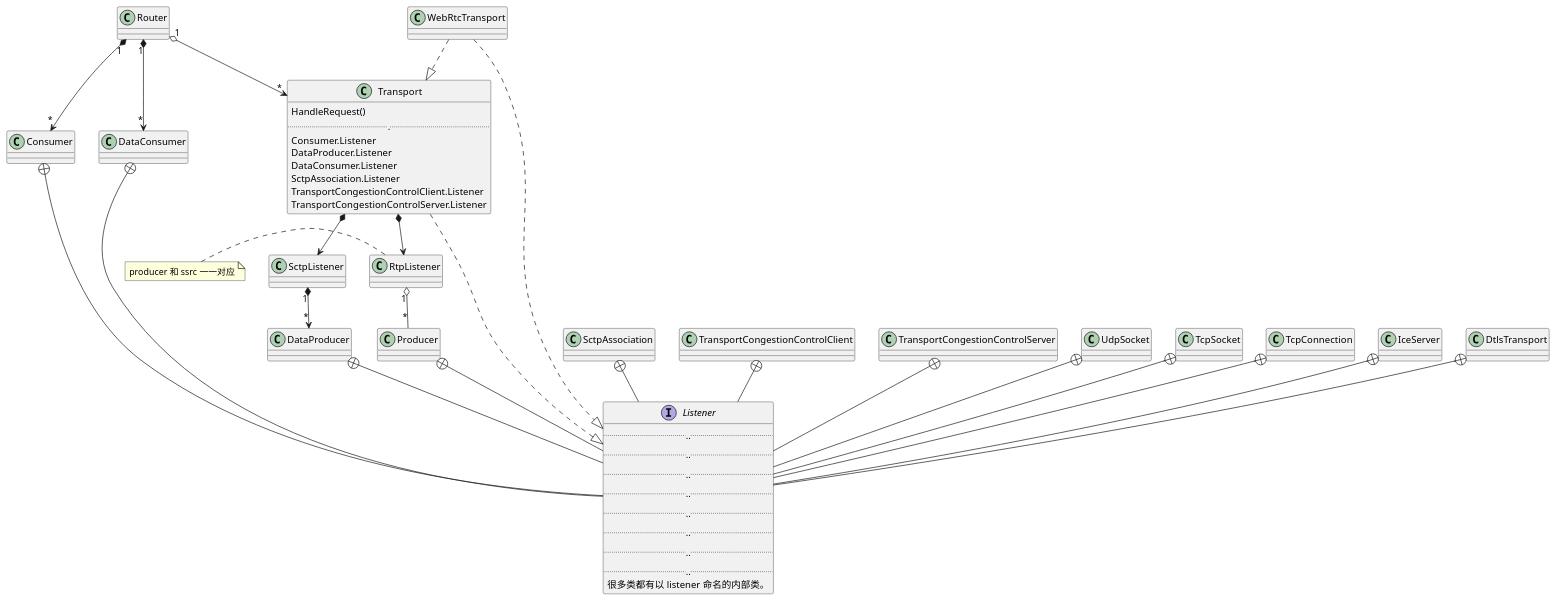
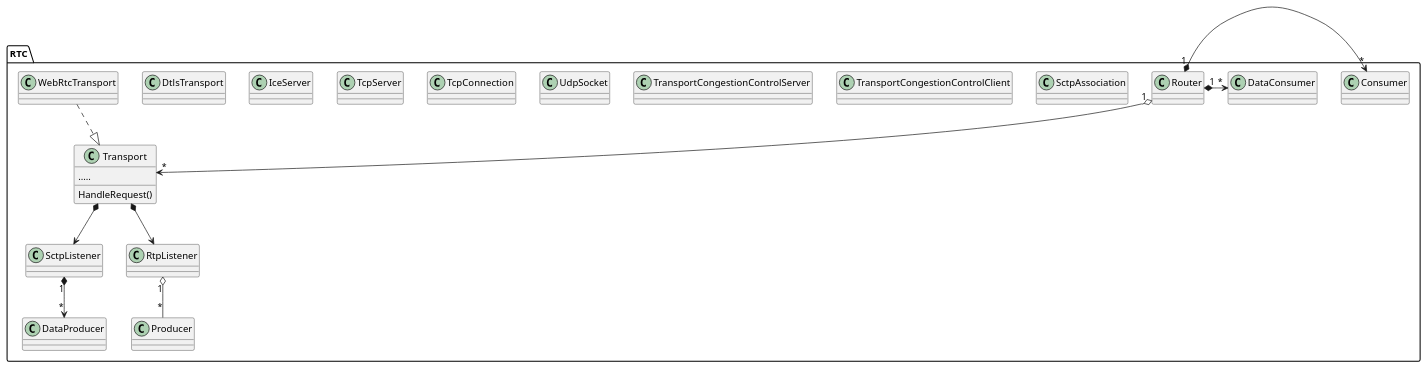
One commit to mingxin505/webrtcNote changed the fourth of 11 diagrams in mediasoup/worker.md. Above: the diagram before and after it, drawn with PlantUML. The commit also changed other lines of this file and 1 other file, not shown here.

````diff
--- a/mediasoup/worker.md
+++ b/mediasoup/worker.md
@@ -90,50 +93,47 @@
 ```plantuml
 @startuml
-interface Listener {
-    ......
-    ......
-    ......
-    ......
-    ......
-    ......
-    ......
-    ......
-    很多类都有以 listener 命名的内部类。
-}
+package RTC {
 class Transport {
     HandleRequest()
-    .....
-	Consumer.Listener
-	DataProducer.Listener
-	DataConsumer.Listener
-	SctpAssociation.Listener
-	TransportCongestionControlClient.Listener
-	TransportCongestionControlServer.Listener    
-}
+    .....  
+    }
     Router "1" o--> "*" Transport
     Router "1" *-> "*" Consumer
     Router "1" *-> "*" DataConsumer 
 
+    SctpListener "1" *--> "*" DataProducer
+    RtpListener "1" o-- "*" Producer
+
+    Producer +--- Producer.Listener
+	Consumer +--- Consumer.Listener
+	DataProducer +--- DataProducer.Listener
+	DataConsumer +--- DataConsumer.Listener
+	SctpAssociation +--- SctpAssociation.Listener
+	TransportCongestionControlClient +--- TransportCongestionControlClient.Listener
+	TransportCongestionControlServer +--- TransportCongestionControlServer.Listener
+
     Transport *--> SctpListener
-    SctpListener "1" *--> "*" DataProducer
     Transport *--> RtpListener
-    RtpListener "1" o-- "*" Producer
-	Transport .|> Listener
-	Consumer +-- Listener
-	DataProducer +-- Listener
-	DataConsumer +-- Listener
-	SctpAssociation +-- Listener
-	TransportCongestionControlClient +-- Listener
-	TransportCongestionControlServer +-- Listener
-    Producer +-- Listener
-    UdpSocket +-- Listener
-    TcpSocket +-- Listener
-    TcpConnection +-- Listener
-    IceServer +-- Listener
-    DtlsTransport +-- Listener
+	Transport ..|> Producer.Listener
+	Transport ..|> Consumer.Listener
+	Transport ..|> DataProducer.Listener
+	Transport ..|> DataConsumer.Listener
+	Transport ..|> SctpAssociation.Listener
+	Transport ..|> TransportCongestionControlClient.Listener
+	Transport ..|> TransportCongestionControlServer.Listener
+
+    UdpSocket +--- UdpSocket.Listener
+    TcpConnection +--- TcpConnection.Listener
+    TcpServer +--- TcpServer.Listener
+    IceServer +--- IceServer.Listener
+    DtlsTransport +--- DtlsTransport.Listener
     WebRtcTransport ..|> Transport
-    WebRtcTransport ..|> Listener
-    note "producer 和 ssrc 一一对应" as N1
-    N1 . RtpListener
+	WebRtcTransport ..|> IceServer.Listener
+	WebRtcTransport ..|> UdpSocket.Listener
+	WebRtcTransport ..|> TcpServer.Listener
+	WebRtcTransport ..|> TcpConnection.Listener
+	WebRtcTransport ..|> DtlsTransport.Listener
+
+}
 @enduml
 ```
````
